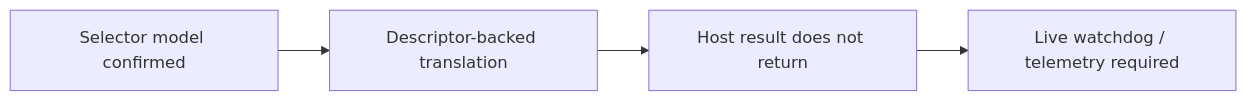
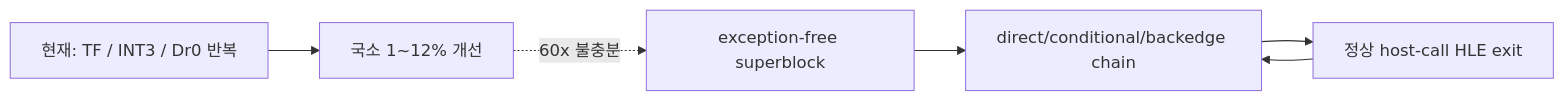
One commit to nworkers/rePIU changed the diagram in docs/analysis/current-execution-frontier.md. Above: the diagram before and after it, drawn with Mermaid. The commit also changed other lines of this file and 41 other files, not shown here.

````diff
--- a/docs/analysis/current-execution-frontier.md
+++ b/docs/analysis/current-execution-frontier.md
@@ -2940,6 +29,8 @@
 ```mermaid
 flowchart LR
-    C["Selector model confirmed"] --> T["Descriptor-backed translation"]
-    T --> H["Host result does not return"]
-    H --> W["Live watchdog / telemetry required"]
+    C["현재: TF / INT3 / Dr0 반복"] --> M["국소 1~12% 개선"]
+    M -. "60x 불충분" .-> P["exception-free superblock"]
+    P --> B["direct/conditional/backedge chain"]
+    B --> H["정상 host-call HLE exit"]
+    H --> B
 ```
````
